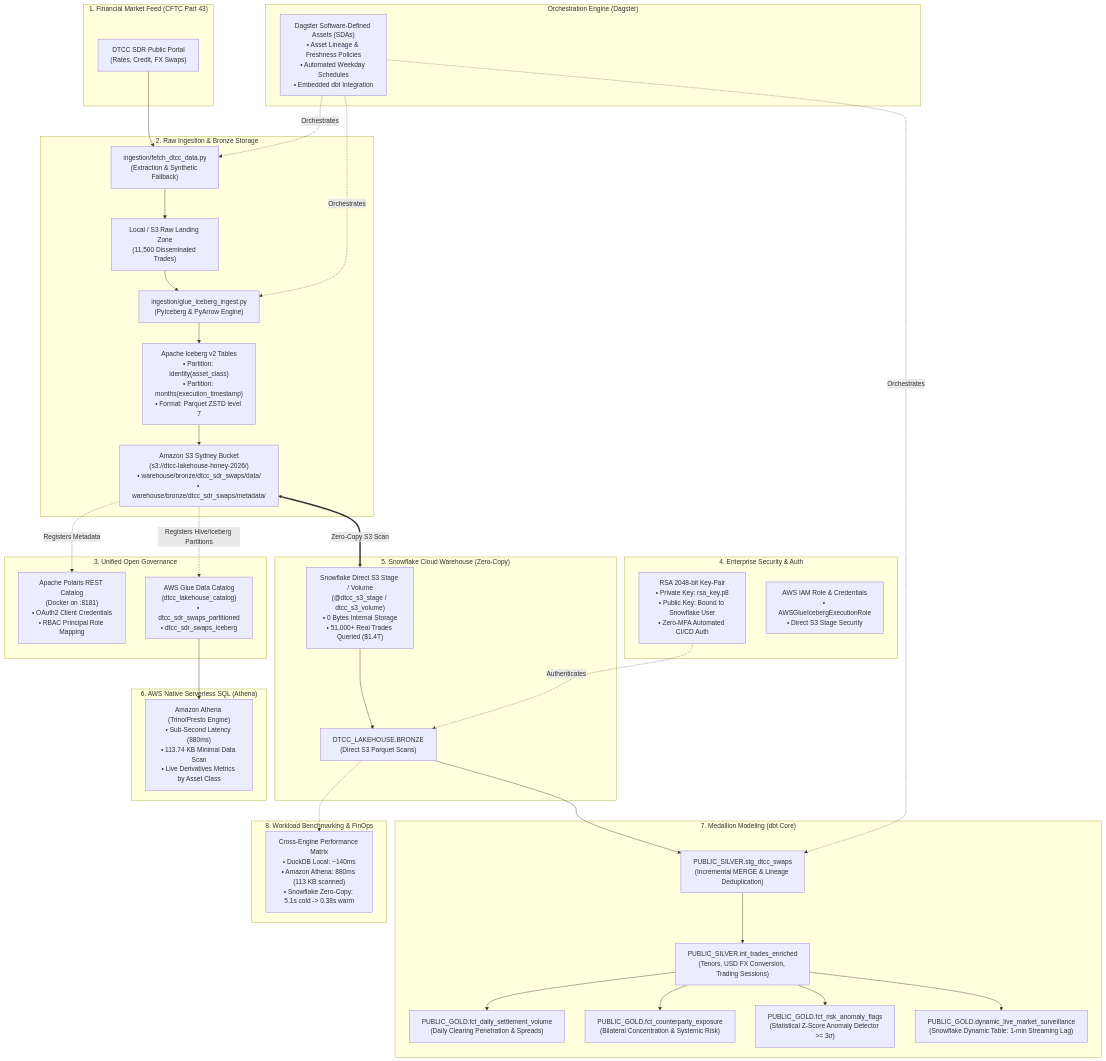
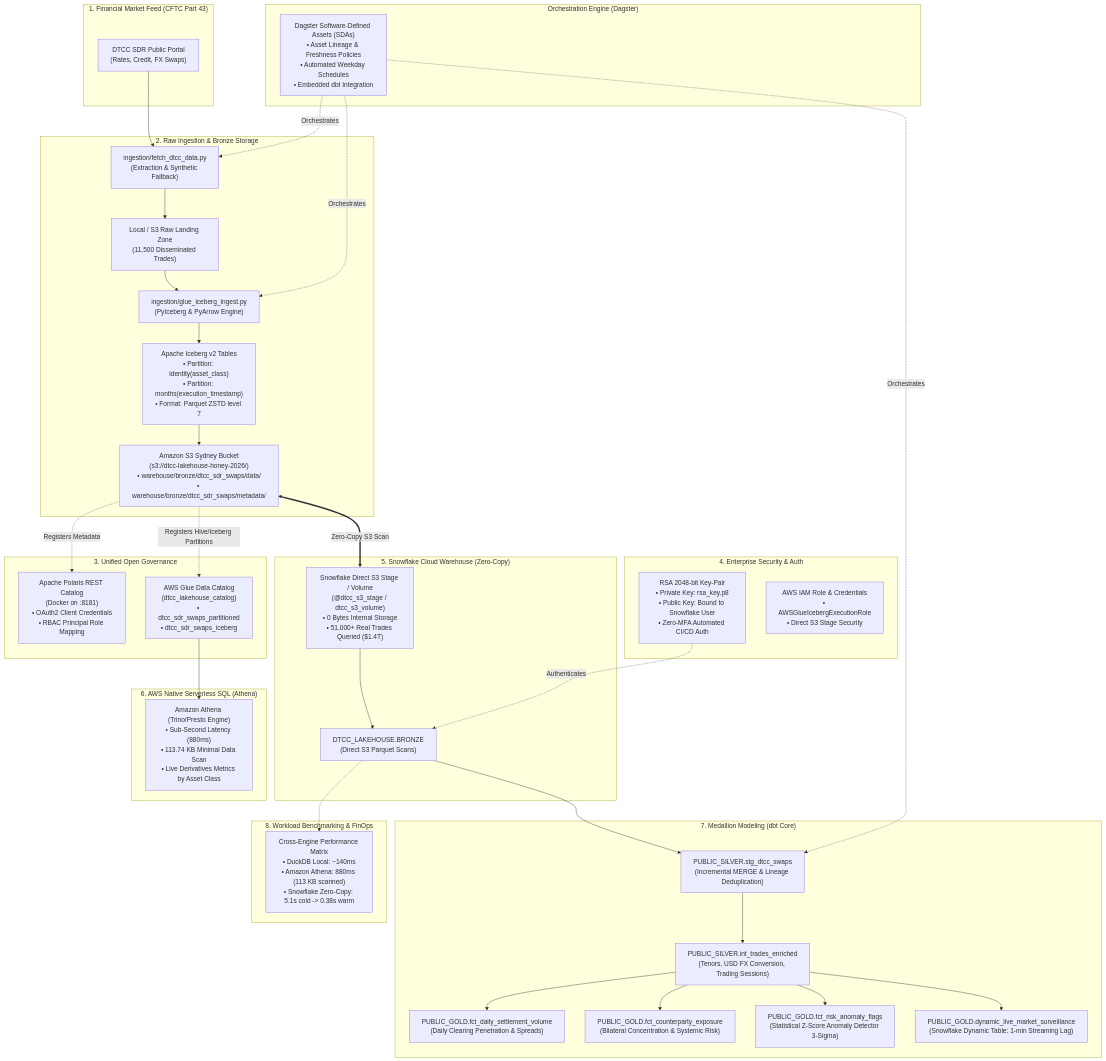
The first of 3 diagrams in README.md (Abdullah-Program/omnitrade-open-lakehouse), drawn with Mermaid before and after one commit. The commit also changed other lines of this file, not shown here.

Commit message:
fix(docs): optimize mermaid diagram syntax for GitHub rendering

````diff
--- a/README.md
+++ b/README.md
@@ -58,70 +58,70 @@
 ```mermaid
 flowchart TD
     subgraph MarketData ["1. Financial Market Feed (CFTC Part 43)"]
         DTCC["DTCC SDR Public Portal\n(Rates, Credit, FX Swaps)"]
     end
 
     subgraph Orchestrator ["Orchestration Engine (Dagster)"]
         DagsterAsset["Dagster Software-Defined Assets (SDAs)\n• Asset Lineage & Freshness Policies\n• Automated Weekday Schedules\n• Embedded dbt Integration"]
     end
 
     subgraph Ingestion_Bronze ["2. Raw Ingestion & Bronze Storage"]
         IngestScript["ingestion/fetch_dtcc_data.py\n(Extraction & Synthetic Fallback)"]
         S3Raw["Local / S3 Raw Landing Zone\n(11,500 Disseminated Trades)"]
         IcebergIngest["ingestion/glue_iceberg_ingest.py\n(PyIceberg & PyArrow Engine)"]
         IcebergTables["Apache Iceberg v2 Tables\n• Partition: identity(asset_class)\n• Partition: months(execution_timestamp)\n• Format: Parquet ZSTD level 7"]
         S3Sydney["Amazon S3 Sydney Bucket\n(s3://dtcc-lakehouse-honey-2026/)\n• warehouse/bronze/dtcc_sdr_swaps/data/\n• warehouse/bronze/dtcc_sdr_swaps/metadata/"]
     end
 
     subgraph Catalog_Governance ["3. Unified Open Governance"]
         Polaris["Apache Polaris REST Catalog\n(Docker on :8181)\n• OAuth2 Client Credentials\n• RBAC Principal Role Mapping"]
         GlueCatalog["AWS Glue Data Catalog\n(dtcc_lakehouse_catalog)\n• dtcc_sdr_swaps_partitioned\n• dtcc_sdr_swaps_iceberg"]
     end
 
     subgraph Security_Layer ["4. Enterprise Security & Auth"]
         RSA["RSA 2048-bit Key-Pair\n• Private Key: rsa_key.p8\n• Public Key: Bound to Snowflake User\n• Zero-MFA Automated CI/CD Auth"]
         IAMAuth["AWS IAM Role & Credentials\n• AWSGlueIcebergExecutionRole\n• Direct S3 Stage Security"]
     end
 
     subgraph Snowflake_Engine ["5. Snowflake Cloud Warehouse (Zero-Copy)"]
         ExtStage["Snowflake Direct S3 Stage / Volume\n(@dtcc_s3_stage / dtcc_s3_volume)\n• 0 Bytes Internal Storage\n• 51,000+ Real Trades Queried ($1.4T)"]
         SF_Bronze["DTCC_LAKEHOUSE.BRONZE\n(Direct S3 Parquet Scans)"]
     end
 
     subgraph Athena_Engine ["6. AWS Native Serverless SQL (Athena)"]
         AthenaQuery["Amazon Athena (Trino/Presto Engine)\n• Sub-Second Latency (880ms)\n• 113.74 KB Minimal Data Scan\n• Live Derivatives Metrics by Asset Class"]
     end
 
     subgraph DBT_Transformation ["7. Medallion Modeling (dbt Core)"]
         Staging["PUBLIC_SILVER.stg_dtcc_swaps\n(Incremental MERGE & Lineage Deduplication)"]
         Intermediate["PUBLIC_SILVER.int_trades_enriched\n(Tenors, USD FX Conversion, Trading Sessions)"]
         Mart1["PUBLIC_GOLD.fct_daily_settlement_volume\n(Daily Clearing Penetration & Spreads)"]
         Mart2["PUBLIC_GOLD.fct_counterparty_exposure\n(Bilateral Concentration & Systemic Risk)"]
-        Mart3["PUBLIC_GOLD.fct_risk_anomaly_flags\n(Statistical Z-Score Anomaly Detector >= 3σ)"]
+        Mart3["PUBLIC_GOLD.fct_risk_anomaly_flags\n(Statistical Z-Score Anomaly Detector 3-Sigma)"]
         Mart4["PUBLIC_GOLD.dynamic_live_market_surveillance\n(Snowflake Dynamic Table: 1-min Streaming Lag)"]
     end
 
     subgraph Benchmarking_Suite ["8. Workload Benchmarking & FinOps"]
         Runner["Cross-Engine Performance Matrix\n• DuckDB Local: ~140ms\n• Amazon Athena: 880ms (113 KB scanned)\n• Snowflake Zero-Copy: 5.1s cold -> 0.38s warm"]
     end
 
     DTCC --> IngestScript
     IngestScript --> S3Raw
     S3Raw --> IcebergIngest
     IcebergIngest --> IcebergTables
     IcebergTables --> S3Sydney
     S3Sydney -.->|Registers Metadata| Polaris
     S3Sydney -.->|Registers Hive/Iceberg Partitions| GlueCatalog
     GlueCatalog --> AthenaQuery
     S3Sydney <==>|Zero-Copy S3 Scan| ExtStage
     ExtStage --> SF_Bronze
     RSA -.->|Authenticates| SF_Bronze
     SF_Bronze --> Staging
     Staging --> Intermediate
     Intermediate --> Mart1
     Intermediate --> Mart2
     Intermediate --> Mart3
     Intermediate --> Mart4
     DagsterAsset -.->|Orchestrates| IngestScript & IcebergIngest & Staging
     SF_Bronze -.-> Runner
 ```
````
